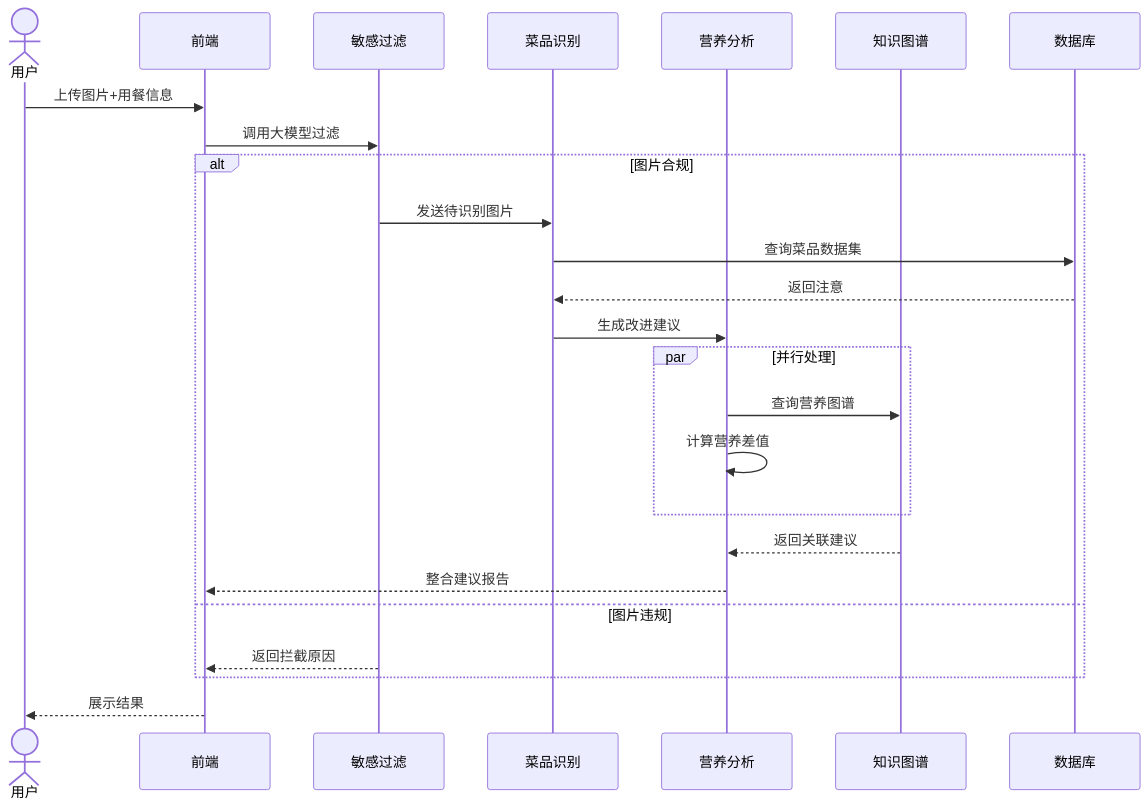
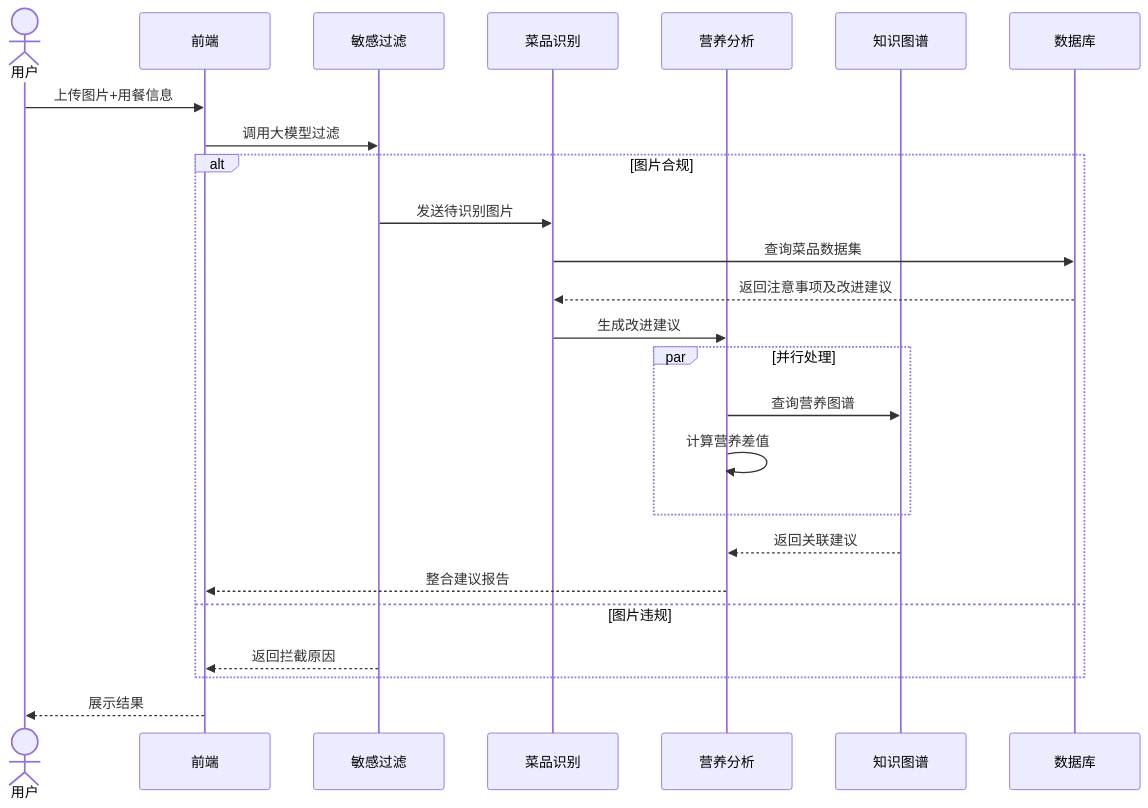
The diagram in all/未命名-1.md (funnyData/iodraw-files), drawn with Mermaid before and after one commit.

Commit message:
2025-03-19 16:38:46 update

````diff
--- a/all/未命名-1.md
+++ b/all/未命名-1.md
@@ -1,29 +1,29 @@
 ```mermaid
 %% 数据流图（基于网页1/2/5的时序图语法优化）
 sequenceDiagram
     actor User as 用户
     participant FE as 前端
     participant SF as 敏感过滤
     participant DR as 菜品识别
     participant NA as 营养分析
     participant KG as 知识图谱
     participant DB as 数据库
 
     User->>FE: 上传图片+用餐信息
     FE->>SF: 调用大模型过滤
     alt 图片合规
         SF->>DR: 发送待识别图片
         DR->>DB: 查询菜品数据集
-        DB-->>DR: 返回注意
+        DB-->>DR: 返回注意事项及改进建议
         DR->>NA: 生成改进建议
         par 并行处理
             NA->>KG: 查询营养图谱
             NA->>NA: 计算营养差值
         end
         KG-->>NA: 返回关联建议
         NA-->>FE: 整合建议报告
     else 图片违规
         SF-->>FE: 返回拦截原因
     end
     FE-->>User: 展示结果
 ```
````
